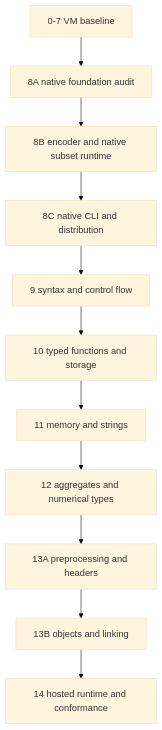
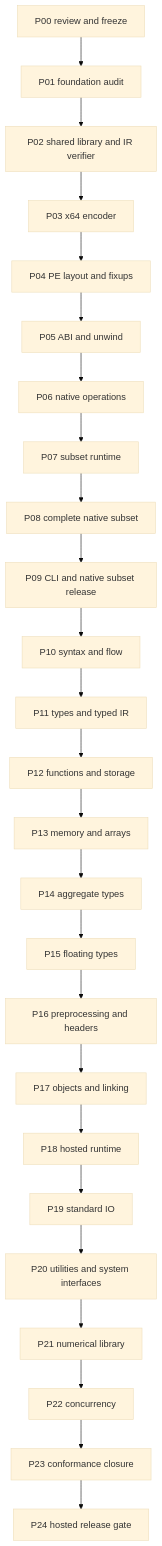
One commit to choksi2212/compiler-rust changed the third of 3 diagrams in IMPLEMENTATION_PLAN.md. Above: the diagram before and after it, drawn with Mermaid (base theme). The commit also changed other lines of this file, not shown here.

````diff
--- a/IMPLEMENTATION_PLAN.md
+++ b/IMPLEMENTATION_PLAN.md
@@ -647,13 +730,27 @@
 ```mermaid
 flowchart TD
-    B[0-7 VM baseline] --> A[8A native foundation audit]
-    A --> N[8B encoder and native subset runtime]
-    N --> C[8C native CLI and distribution]
-    C --> S[9 syntax and control flow]
-    S --> T[10 typed functions and storage]
-    T --> M[11 memory and strings]
-    M --> G[12 aggregates and numerical types]
-    G --> P[13A preprocessing and headers]
-    P --> O[13B objects and linking]
-    O --> R[14 hosted runtime and conformance]
+    P00[P00 review and freeze] --> P01[P01 foundation audit]
+    P01 --> P02[P02 shared library and IR verifier]
+    P02 --> P03[P03 x64 encoder]
+    P03 --> P04[P04 PE layout and fixups]
+    P04 --> P05[P05 ABI and unwind]
+    P05 --> P06[P06 native operations]
+    P06 --> P07[P07 subset runtime]
+    P07 --> P08[P08 complete native subset]
+    P08 --> P09[P09 CLI and native subset release]
+    P09 --> P10[P10 syntax and flow]
+    P10 --> P11[P11 types and typed IR]
+    P11 --> P12[P12 functions and storage]
+    P12 --> P13[P13 memory and arrays]
+    P13 --> P14[P14 aggregate types]
+    P14 --> P15[P15 floating types]
+    P15 --> P16[P16 preprocessing and headers]
+    P16 --> P17[P17 objects and linking]
+    P17 --> P18[P18 hosted runtime]
+    P18 --> P19[P19 standard IO]
+    P19 --> P20[P20 utilities and system interfaces]
+    P20 --> P21[P21 numerical library]
+    P21 --> P22[P22 concurrency]
+    P22 --> P23[P23 conformance closure]
+    P23 --> P24[P24 hosted release gate]
 ```
````
